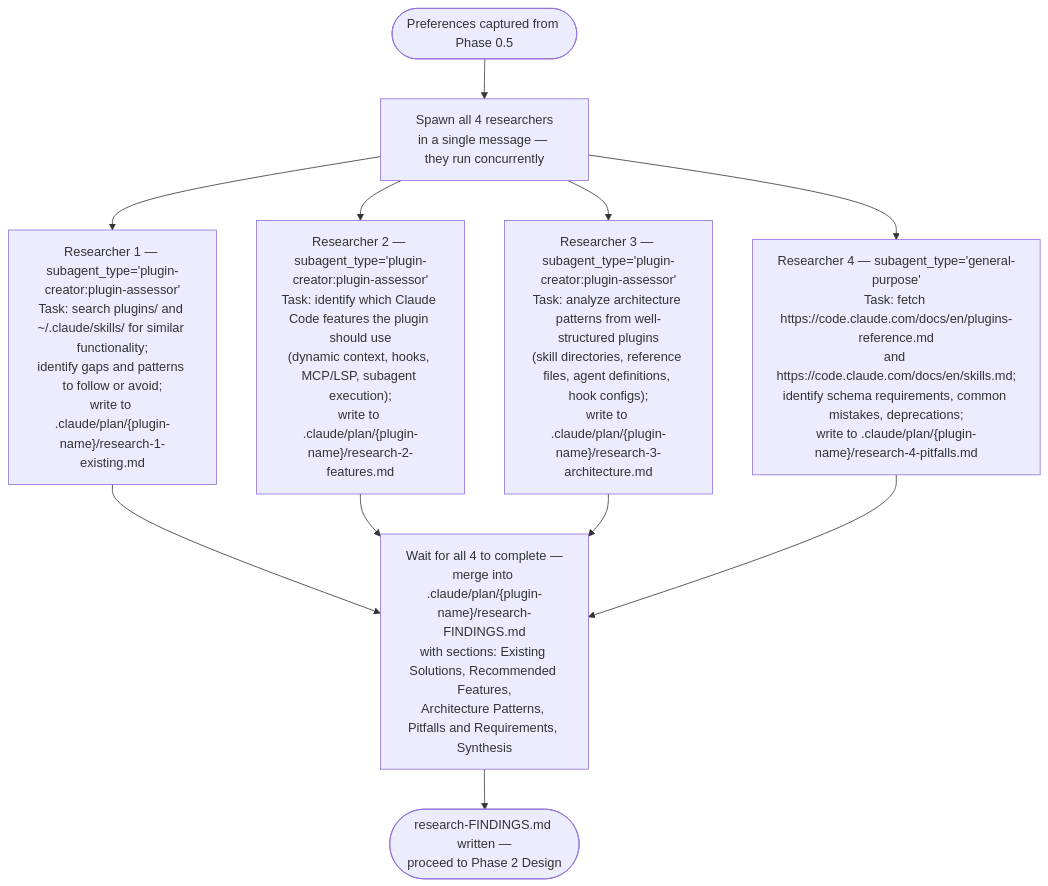
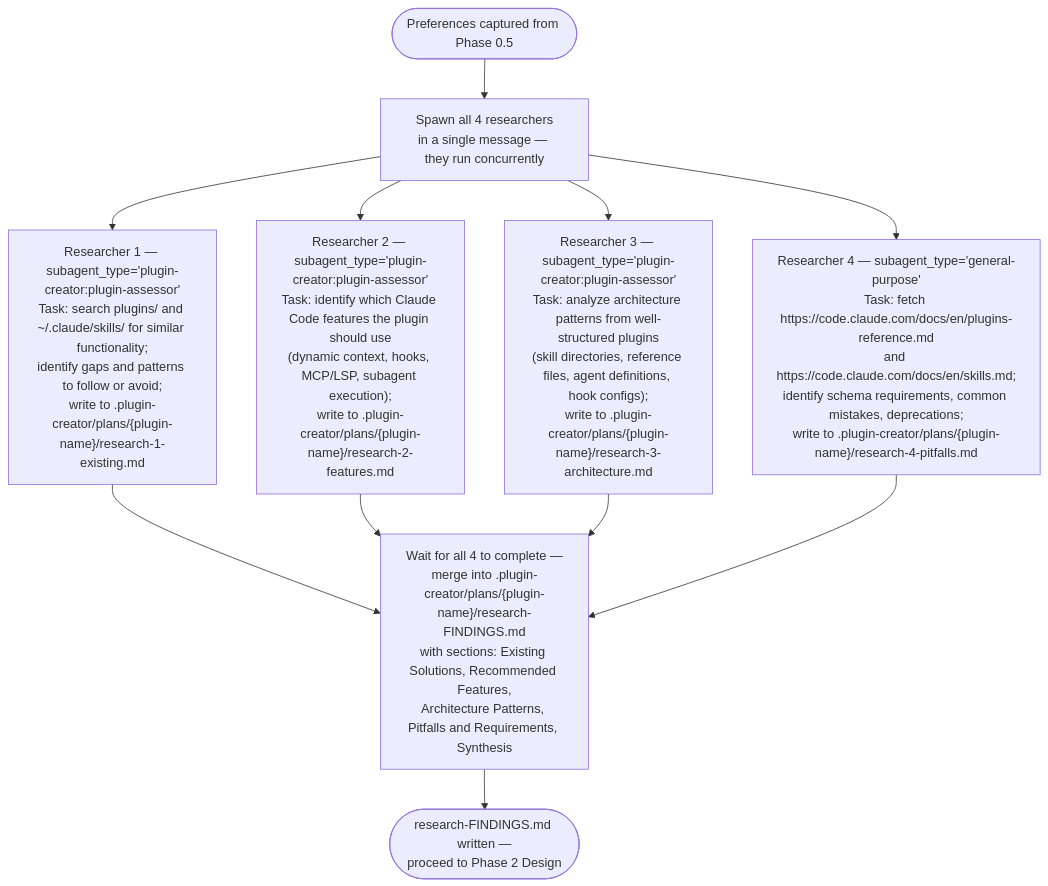
The fourth of 12 diagrams in plugins/plugin-creator/skills/plugin-creator/references/workflow-diagram.md (chgreer1070/claude_skills), drawn with Mermaid before and after one commit. The commit also changed other lines of this file and 35 other files, not shown here.

First line of the commit message:
refactor(plugins): migrate data output paths from .claude/ to .plugin-creator/ and .tmp/

````diff
--- a/plugins/plugin-creator/skills/plugin-creator/references/workflow-diagram.md
+++ b/plugins/plugin-creator/skills/plugin-creator/references/workflow-diagram.md
@@ -76,20 +76,20 @@
 ```mermaid
 flowchart TD
     Start(["Preferences captured from Phase 0.5"]) --> Spawn["Spawn all 4 researchers<br>in a single message — they run concurrently"]
 
-    Spawn --> R1["Researcher 1 — subagent_type='plugin-creator:plugin-assessor'<br>Task: search plugins/ and ~/.claude/skills/ for similar functionality;<br>identify gaps and patterns to follow or avoid;<br>write to .claude/plan/{plugin-name}/research-1-existing.md"]
+    Spawn --> R1["Researcher 1 — subagent_type='plugin-creator:plugin-assessor'<br>Task: search plugins/ and ~/.claude/skills/ for similar functionality;<br>identify gaps and patterns to follow or avoid;<br>write to .plugin-creator/plans/{plugin-name}/research-1-existing.md"]
 
-    Spawn --> R2["Researcher 2 — subagent_type='plugin-creator:plugin-assessor'<br>Task: identify which Claude Code features the plugin should use<br>(dynamic context, hooks, MCP/LSP, subagent execution);<br>write to .claude/plan/{plugin-name}/research-2-features.md"]
+    Spawn --> R2["Researcher 2 — subagent_type='plugin-creator:plugin-assessor'<br>Task: identify which Claude Code features the plugin should use<br>(dynamic context, hooks, MCP/LSP, subagent execution);<br>write to .plugin-creator/plans/{plugin-name}/research-2-features.md"]
 
-    Spawn --> R3["Researcher 3 — subagent_type='plugin-creator:plugin-assessor'<br>Task: analyze architecture patterns from well-structured plugins<br>(skill directories, reference files, agent definitions, hook configs);<br>write to .claude/plan/{plugin-name}/research-3-architecture.md"]
+    Spawn --> R3["Researcher 3 — subagent_type='plugin-creator:plugin-assessor'<br>Task: analyze architecture patterns from well-structured plugins<br>(skill directories, reference files, agent definitions, hook configs);<br>write to .plugin-creator/plans/{plugin-name}/research-3-architecture.md"]
 
-    Spawn --> R4["Researcher 4 — subagent_type='general-purpose'<br>Task: fetch https://code.claude.com/docs/en/plugins-reference.md<br>and https://code.claude.com/docs/en/skills.md;<br>identify schema requirements, common mistakes, deprecations;<br>write to .claude/plan/{plugin-name}/research-4-pitfalls.md"]
+    Spawn --> R4["Researcher 4 — subagent_type='general-purpose'<br>Task: fetch https://code.claude.com/docs/en/plugins-reference.md<br>and https://code.claude.com/docs/en/skills.md;<br>identify schema requirements, common mistakes, deprecations;<br>write to .plugin-creator/plans/{plugin-name}/research-4-pitfalls.md"]
 
     R1 --> Merge
     R2 --> Merge
     R3 --> Merge
     R4 --> Merge
 
-    Merge["Wait for all 4 to complete —<br>merge into .claude/plan/{plugin-name}/research-FINDINGS.md<br>with sections: Existing Solutions, Recommended Features,<br>Architecture Patterns, Pitfalls and Requirements, Synthesis"]
+    Merge["Wait for all 4 to complete —<br>merge into .plugin-creator/plans/{plugin-name}/research-FINDINGS.md<br>with sections: Existing Solutions, Recommended Features,<br>Architecture Patterns, Pitfalls and Requirements, Synthesis"]
     Merge --> Done(["research-FINDINGS.md written —<br>proceed to Phase 2 Design"])
 ```
````
